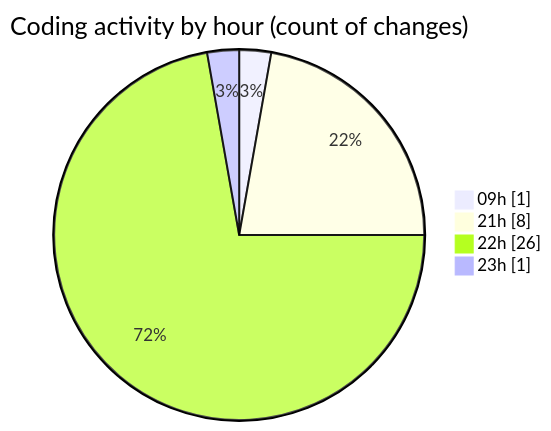
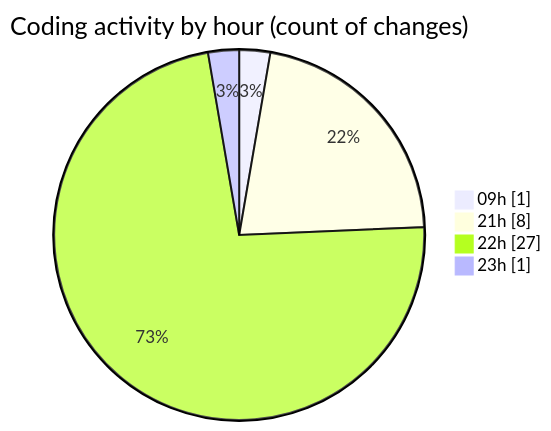
The second of 2 diagrams in 2025-02-19/myws__workspace_/README.md (MatusMokan/code-tracking), drawn with Mermaid before and after one commit. The commit also changed other lines of this file and 1 other file, not shown here.

````diff
--- a/2025-02-19/myws__workspace_/README.md
+++ b/2025-02-19/myws__workspace_/README.md
@@ -33,8 +33,8 @@
 ```mermaid
 pie showData
 title Coding activity by hour (count of changes)
 "09h" : 1
 "21h" : 8
-"22h" : 26
+"22h" : 27
 "23h" : 1
 ```
````
